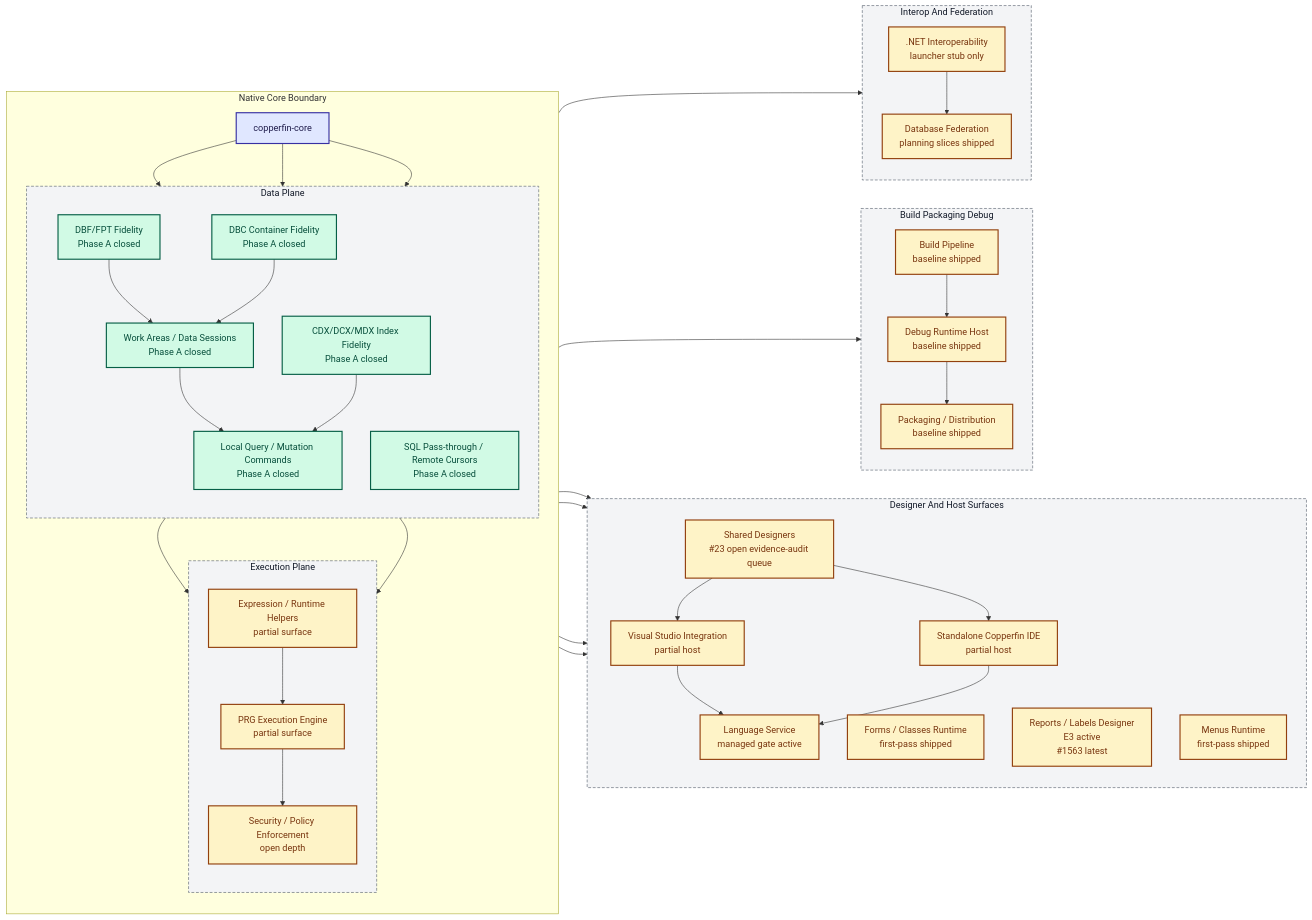
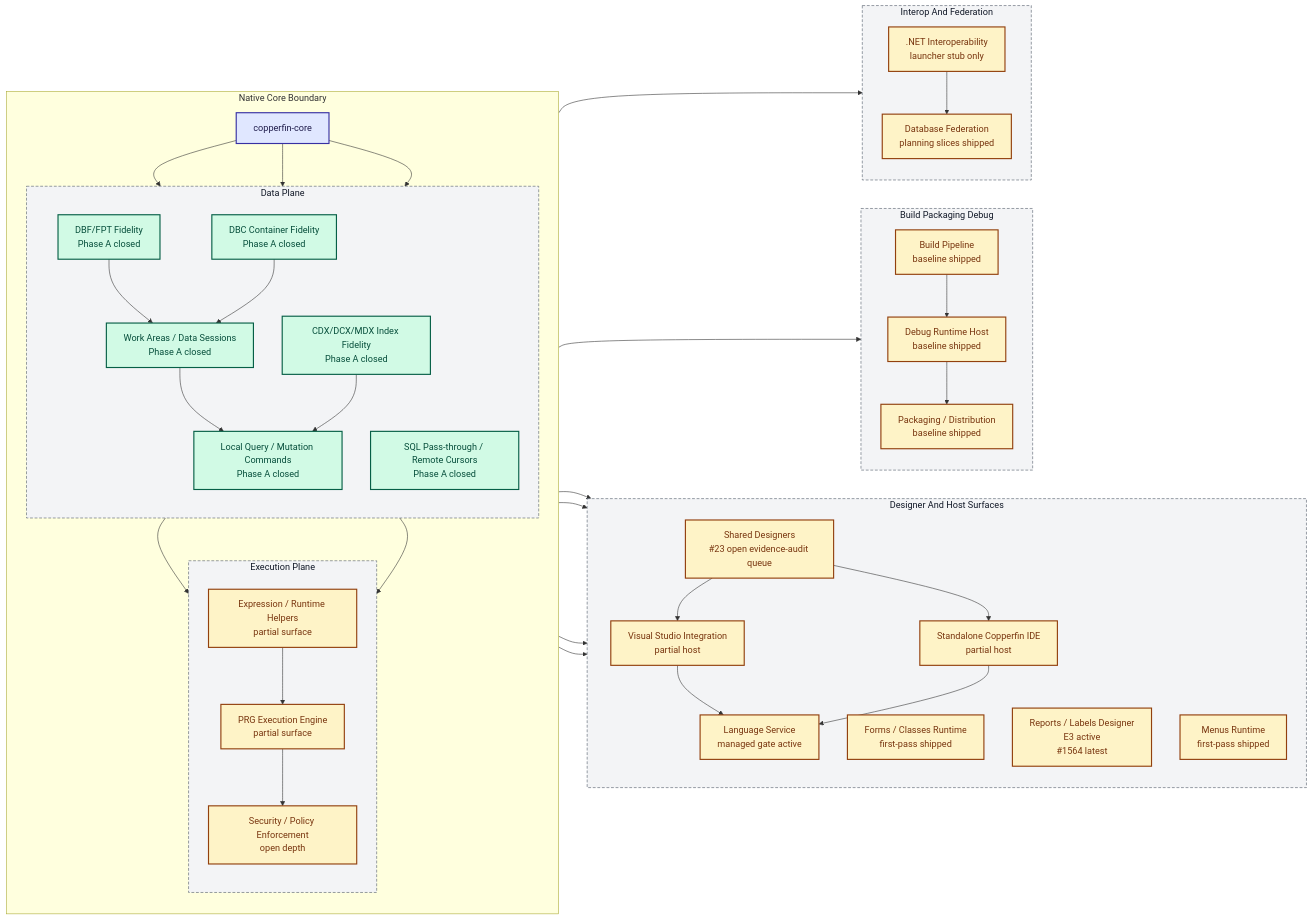
Before and after one commit to rhamenator/Project-Copperfin: the diagram in docs/02-architecture.md, drawn with Mermaid. The commit also changed 6 other files, not shown here.

```diff
--- a/docs/02-architecture.md
+++ b/docs/02-architecture.md
@@ -36,7 +36,7 @@
         direction TB
         DES["Shared Designers<br/>#23 open evidence-audit queue"]
         FORMS["Forms / Classes Runtime<br/>first-pass shipped"]
-        RPT["Reports / Labels Designer<br/>E3 active<br/>#1563 latest"]
+        RPT["Reports / Labels Designer<br/>E3 active<br/>#1564 latest"]
         MENU["Menus Runtime<br/>first-pass shipped"]
         VS["Visual Studio Integration<br/>partial host"]
         IDE["Standalone Copperfin IDE<br/>partial host"]
```
